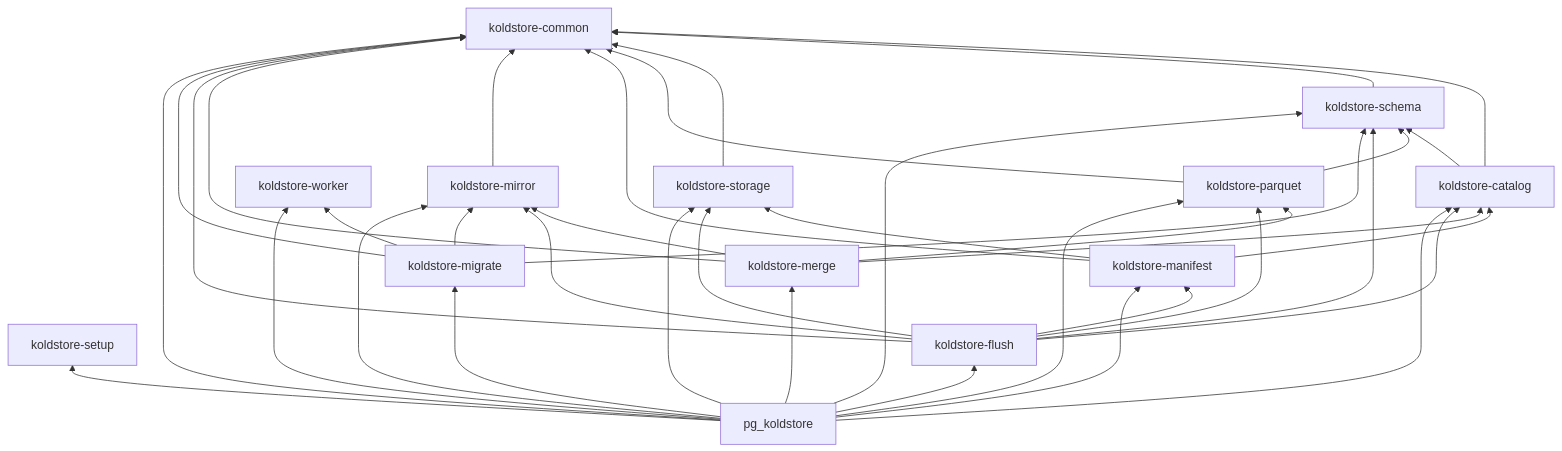
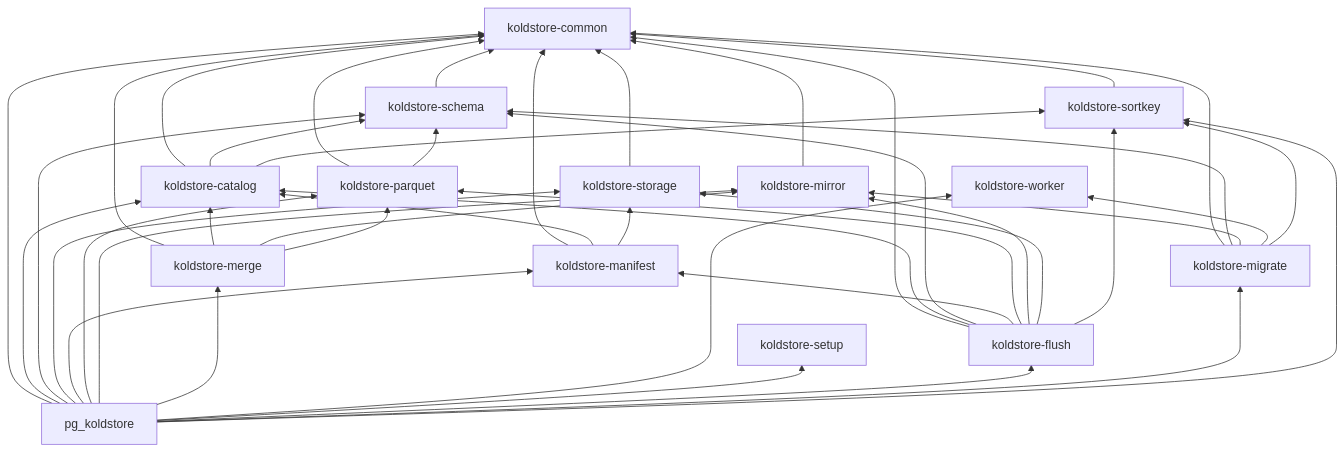
One commit to kalamdb/koldstore changed the diagram in docs/architecture/crate-architecture.md. Above: the diagram before and after it, drawn with Mermaid. The commit also changed other lines of this file and 124 other files, not shown here.

````diff
--- a/docs/architecture/crate-architecture.md
+++ b/docs/architecture/crate-architecture.md
@@ -47,54 +47,60 @@
 ```mermaid
 flowchart BT
     common[koldstore-common]
+    sortkey[koldstore-sortkey]
     catalog[koldstore-catalog]
     schema[koldstore-schema]
     storage[koldstore-storage]
     parquet[koldstore-parquet]
     manifest[koldstore-manifest]
     mirror[koldstore-mirror]
     merge[koldstore-merge]
     worker[koldstore-worker]
     setup[koldstore-setup]
     flush[koldstore-flush]
     migrate[koldstore-migrate]
     pg[pg_koldstore]
 
+    sortkey --> common
     catalog --> common
     catalog --> schema
+    catalog --> sortkey
     schema --> common
     storage --> common
     parquet --> common
     parquet --> schema
     manifest --> common
     manifest --> catalog
     manifest --> storage
     mirror --> common
     merge --> common
     merge --> catalog
     merge --> mirror
     merge --> parquet
     flush --> common
     flush --> catalog
     flush --> schema
     flush --> manifest
     flush --> parquet
     flush --> mirror
     flush --> storage
+    flush --> sortkey
     migrate --> common
     migrate --> schema
     migrate --> mirror
     migrate --> worker
+    migrate --> sortkey
     pg --> common
     pg --> catalog
     pg --> schema
     pg --> storage
     pg --> manifest
     pg --> parquet
     pg --> mirror
     pg --> merge
     pg --> worker
     pg --> setup
     pg --> flush
     pg --> migrate
+    pg --> sortkey
 ```
````
